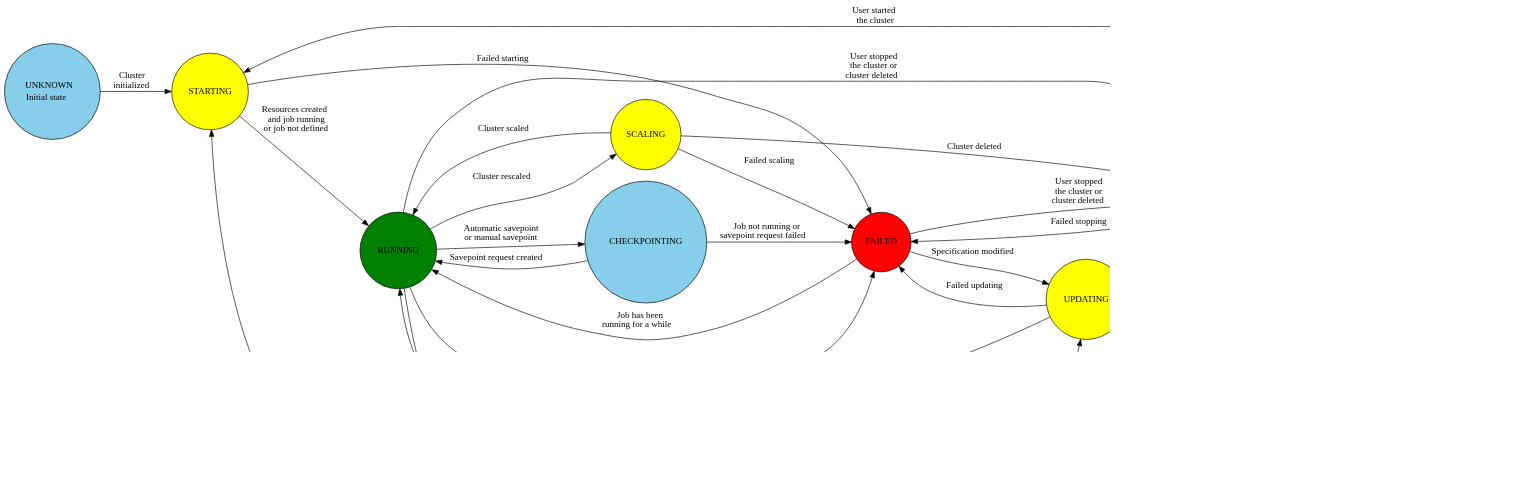
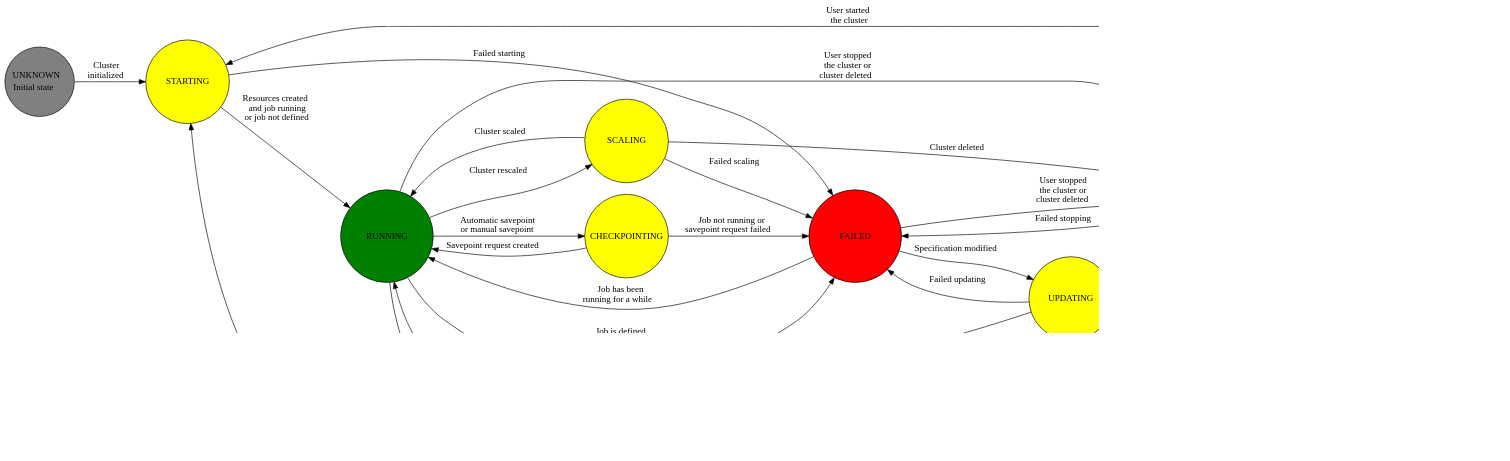
One commit to nextbreakpoint/flink-k8s-toolbox changed the diagram in graphs/flink-cluster.dot. Above: the diagram before and after it, drawn with Graphviz. The commit also changed 1 other file, not shown here.

Commit message:
update graph

```diff
--- a/graphs/flink-cluster.dot
+++ b/graphs/flink-cluster.dot
@@ -3,7 +3,7 @@
   center=true;
   margin=0;
   rankdir=LR;
-  node [shape=circle, style="filled", fillcolor=skyblue];
+  node [shape=circle style=filled fillcolor=skyblue width=1.8 heigth=1.8 fixedsize=true];
   UNKNOWN [ label = <
       <TABLE ALIGN="LEFT" BORDER="0" CELLBORDER="0" CELLSPACING="0">
           <TR>
@@ -189,11 +189,14 @@
           </TR>
       </TABLE>
   > ];
+  CHECKPOINTING [ fillcolor=yellow ];
   STOPPING [ fillcolor=yellow ];
   STARTING [ fillcolor=yellow ];
   UPDATING [ fillcolor=yellow ];
   SCALING [ fillcolor=yellow ];
-  RUNNING [ fillcolor=green ];
-  FAILED [ fillcolor=red ];
-  CHECKPOINTING [ fillcolor=skyblue ];
+  RUNNING [ fillcolor=green width=2.0 ];
+  FAILED [ fillcolor=red width=2.0 ];
+  SUSPENDED [ fillcolor=lightblue width=2.0 ];
+  TERMINATED [ fillcolor=lightblue width=2.0 ];
+  UNKNOWN [ fillcolor=grey width=1.5 ];
 }
```
